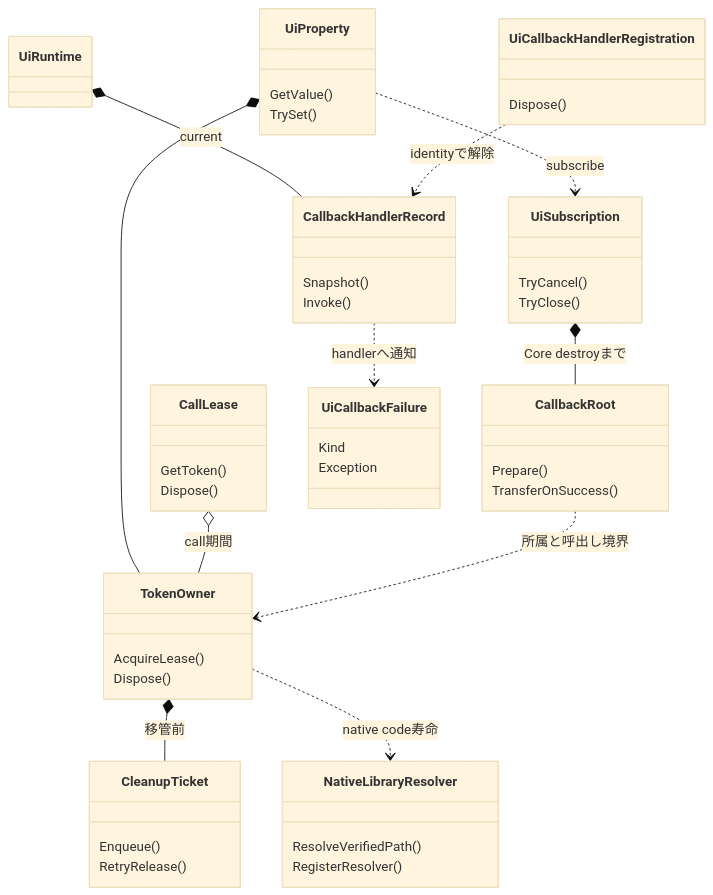
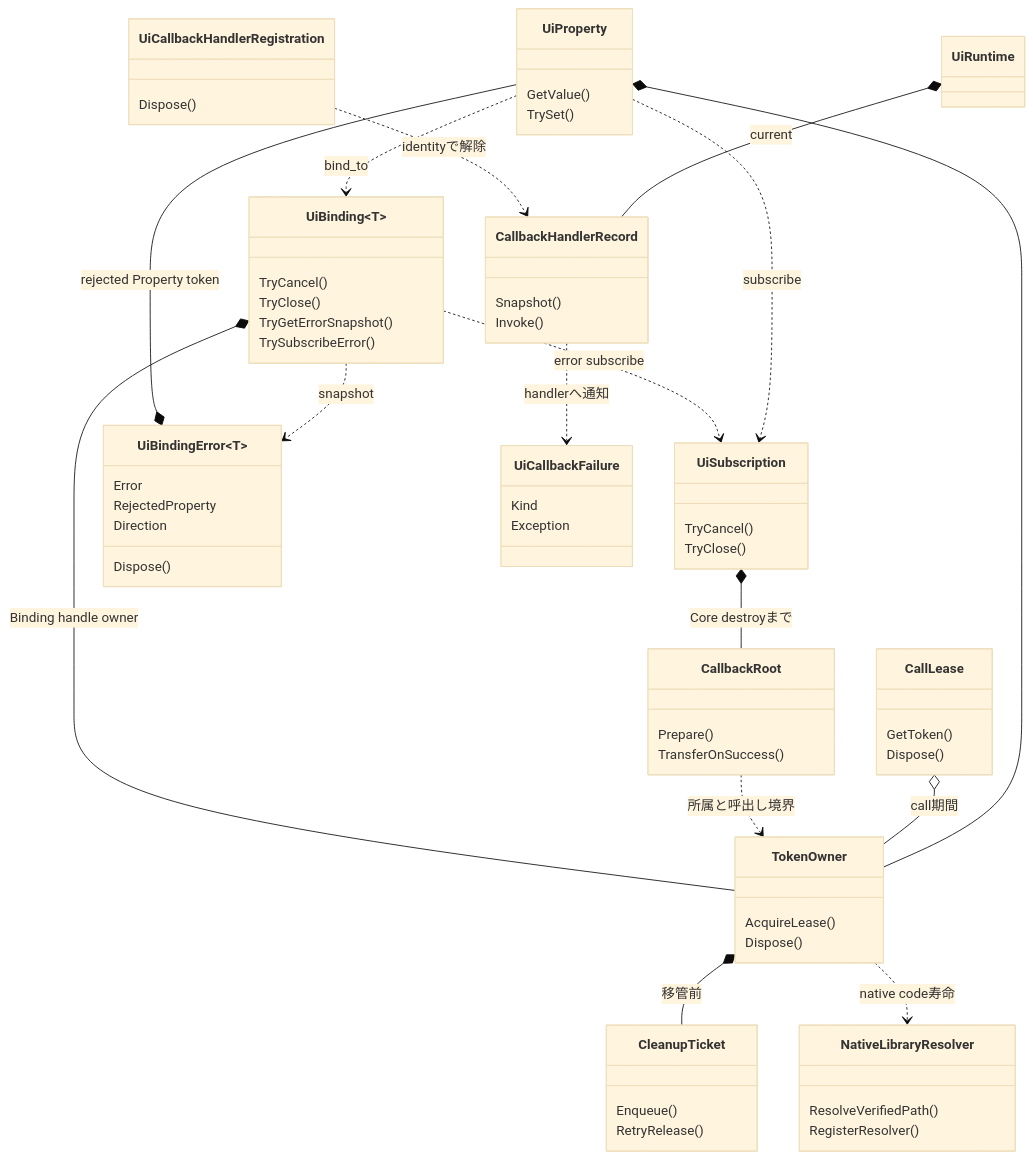
One commit to edamame-edame/freemvvm changed the fifth of 5 diagrams in .docs/13_detail_design/wrappers/csharp.md. Above: the diagram before and after it, drawn with Mermaid (base theme). The commit also changed other lines of this file and 10 other files, not shown here.

````diff
--- a/.docs/13_detail_design/wrappers/csharp.md
+++ b/.docs/13_detail_design/wrappers/csharp.md
@@ -286,53 +373,70 @@
 ```mermaid
 classDiagram
     direction TB
     class UiProperty {
         GetValue()
         TrySet()
     }
     class TokenOwner {
         AcquireLease()
         Dispose()
     }
     class CallLease {
         GetToken()
         Dispose()
     }
     class CleanupTicket {
         Enqueue()
         RetryRelease()
     }
     class CallbackRoot {
         Prepare()
         TransferOnSuccess()
     }
     class UiSubscription {
         TryCancel()
         TryClose()
     }
+    class UiBinding~T~ {
+        TryCancel()
+        TryClose()
+        TryGetErrorSnapshot()
+        TrySubscribeError()
+    }
+    class UiBindingError~T~ {
+        Error
+        RejectedProperty
+        Direction
+        Dispose()
+    }
     class CallbackHandlerRecord {
         Snapshot()
         Invoke()
     }
     class UiCallbackHandlerRegistration {
         Dispose()
     }
     class UiCallbackFailure {
         Kind
         Exception
     }
     class NativeLibraryResolver {
         ResolveVerifiedPath()
         RegisterResolver()
     }
     UiProperty *-- TokenOwner
     CallLease o-- TokenOwner : call期間
     TokenOwner *-- CleanupTicket : 移管前
     CallbackRoot ..> TokenOwner : 所属と呼出し境界
     UiProperty ..> UiSubscription : subscribe
     UiSubscription *-- CallbackRoot : Core destroyまで
+    UiProperty ..> UiBinding : bind_to
+    UiBinding *-- TokenOwner : Binding handle owner
+    UiBinding ..> UiBindingError : snapshot
+    UiBindingError *-- UiProperty : rejected Property token
+    UiBinding ..> UiSubscription : error subscribe
     UiRuntime *-- CallbackHandlerRecord : current
     UiCallbackHandlerRegistration ..> CallbackHandlerRecord : identityで解除
     CallbackHandlerRecord ..> UiCallbackFailure : handlerへ通知
     TokenOwner ..> NativeLibraryResolver : native code寿命
 ```
````
